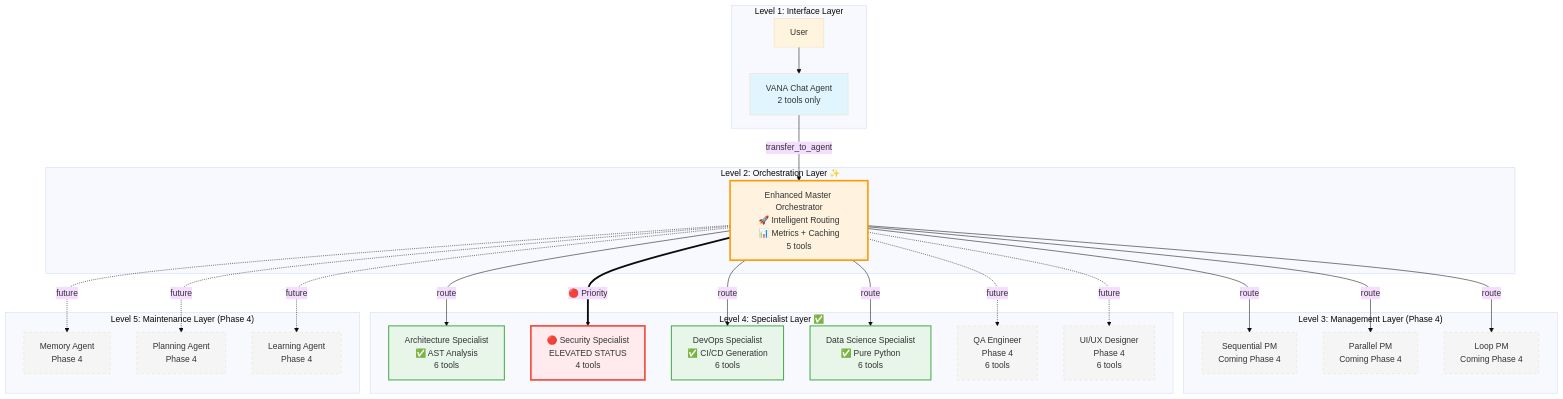
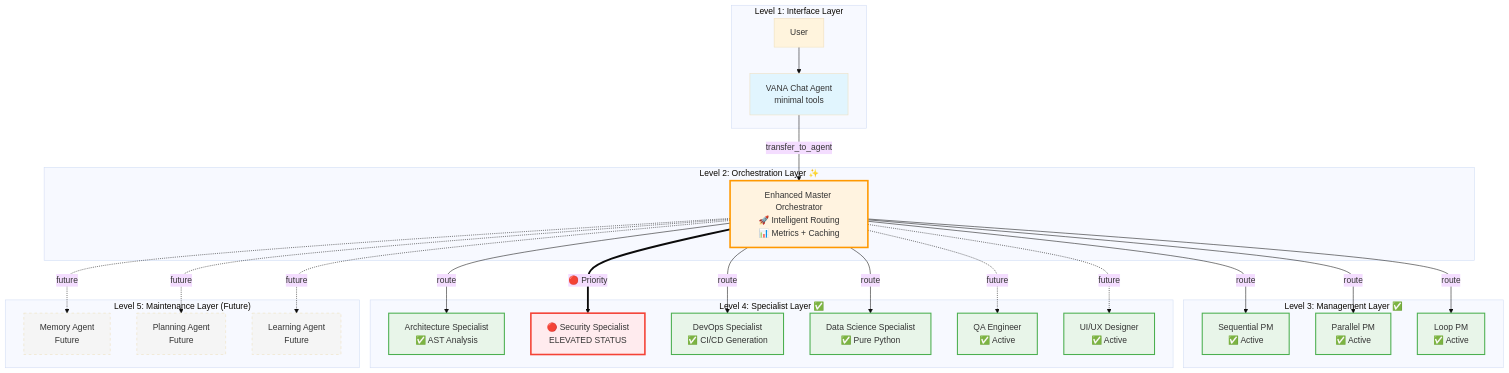
Before and after one commit to NickB03/vana: the first of 5 diagrams in docs/ARCHITECTURE.md, drawn with Mermaid (base theme). The commit also changed other lines of this file and 5 other files, not shown here.

````diff
--- a/docs/ARCHITECTURE.md
+++ b/docs/ARCHITECTURE.md
@@ -14,61 +13,61 @@
 ```mermaid
 graph TB
     subgraph "Level 1: Interface Layer"
-        U[User] --> VC[VANA Chat Agent<br/>2 tools only]
+        U[User] --> VC[VANA Chat Agent<br/>minimal tools]
     end
     
     subgraph "Level 2: Orchestration Layer ✨"
-        MO[Enhanced Master Orchestrator<br/>🚀 Intelligent Routing<br/>📊 Metrics + Caching<br/>5 tools]
+        MO[Enhanced Master Orchestrator<br/>🚀 Intelligent Routing<br/>📊 Metrics + Caching]
     end
     
-    subgraph "Level 3: Management Layer (Phase 4)"
-        PM1[Sequential PM<br/>Coming Phase 4]
-        PM2[Parallel PM<br/>Coming Phase 4]
-        PM3[Loop PM<br/>Coming Phase 4]
+    subgraph "Level 3: Management Layer ✅"
+        PM1[Sequential PM<br/>✅ Active]
+        PM2[Parallel PM<br/>✅ Active]
+        PM3[Loop PM<br/>✅ Active]
     end
     
     subgraph "Level 4: Specialist Layer ✅"
-        SA[Architecture Specialist<br/>✅ AST Analysis<br/>6 tools]
-        SEC[🔴 Security Specialist<br/>ELEVATED STATUS<br/>4 tools]
-        DO[DevOps Specialist<br/>✅ CI/CD Generation<br/>6 tools]
-        DS[Data Science Specialist<br/>✅ Pure Python<br/>6 tools]
-        QA[QA Engineer<br/>Phase 4<br/>6 tools]  
-        UI[UI/UX Designer<br/>Phase 4<br/>6 tools]
+        SA[Architecture Specialist<br/>✅ AST Analysis]
+        SEC[🔴 Security Specialist<br/>ELEVATED STATUS]
+        DO[DevOps Specialist<br/>✅ CI/CD Generation]
+        DS[Data Science Specialist<br/>✅ Pure Python]
+        QA[QA Engineer<br/>✅ Active]  
+        UI[UI/UX Designer<br/>✅ Active]
     end
     
-    subgraph "Level 5: Maintenance Layer (Phase 4)"
-        MA[Memory Agent<br/>Phase 4]
-        PA[Planning Agent<br/>Phase 4]
-        LA[Learning Agent<br/>Phase 4]
+    subgraph "Level 5: Maintenance Layer (Future)"
+        MA[Memory Agent<br/>Future]
+        PA[Planning Agent<br/>Future]
+        LA[Learning Agent<br/>Future]
     end
     
     VC -->|transfer_to_agent| MO
     MO -->|route| PM1
     MO -->|route| PM2
     MO -->|route| PM3
     MO ==>|"🔴 Priority"| SEC
     MO -->|route| SA
     MO -->|route| DO
     MO -->|route| DS
     MO -.->|future| QA
     MO -.->|future| UI
     
     MO -.->|future| MA
     MO -.->|future| PA
     MO -.->|future| LA
     
     style VC fill:#e1f5fe
     style MO fill:#fff3e0,stroke:#ff9800,stroke-width:3px
     style SEC fill:#ffebee,stroke:#f44336,stroke-width:3px
     style SA fill:#e8f5e9,stroke:#4caf50,stroke-width:2px
     style DO fill:#e8f5e9,stroke:#4caf50,stroke-width:2px
     style DS fill:#e8f5e9,stroke:#4caf50,stroke-width:2px
-    style PM1 fill:#f5f5f5,stroke-dasharray: 5 5
-    style PM2 fill:#f5f5f5,stroke-dasharray: 5 5
-    style PM3 fill:#f5f5f5,stroke-dasharray: 5 5
-    style QA fill:#f5f5f5,stroke-dasharray: 5 5
-    style UI fill:#f5f5f5,stroke-dasharray: 5 5
+    style PM1 fill:#e8f5e9,stroke:#4caf50,stroke-width:2px
+    style PM2 fill:#e8f5e9,stroke:#4caf50,stroke-width:2px
+    style PM3 fill:#e8f5e9,stroke:#4caf50,stroke-width:2px
+    style QA fill:#e8f5e9,stroke:#4caf50,stroke-width:2px
+    style UI fill:#e8f5e9,stroke:#4caf50,stroke-width:2px
     style MA fill:#f5f5f5,stroke-dasharray: 5 5
     style PA fill:#f5f5f5,stroke-dasharray: 5 5
     style LA fill:#f5f5f5,stroke-dasharray: 5 5
 ```
````
